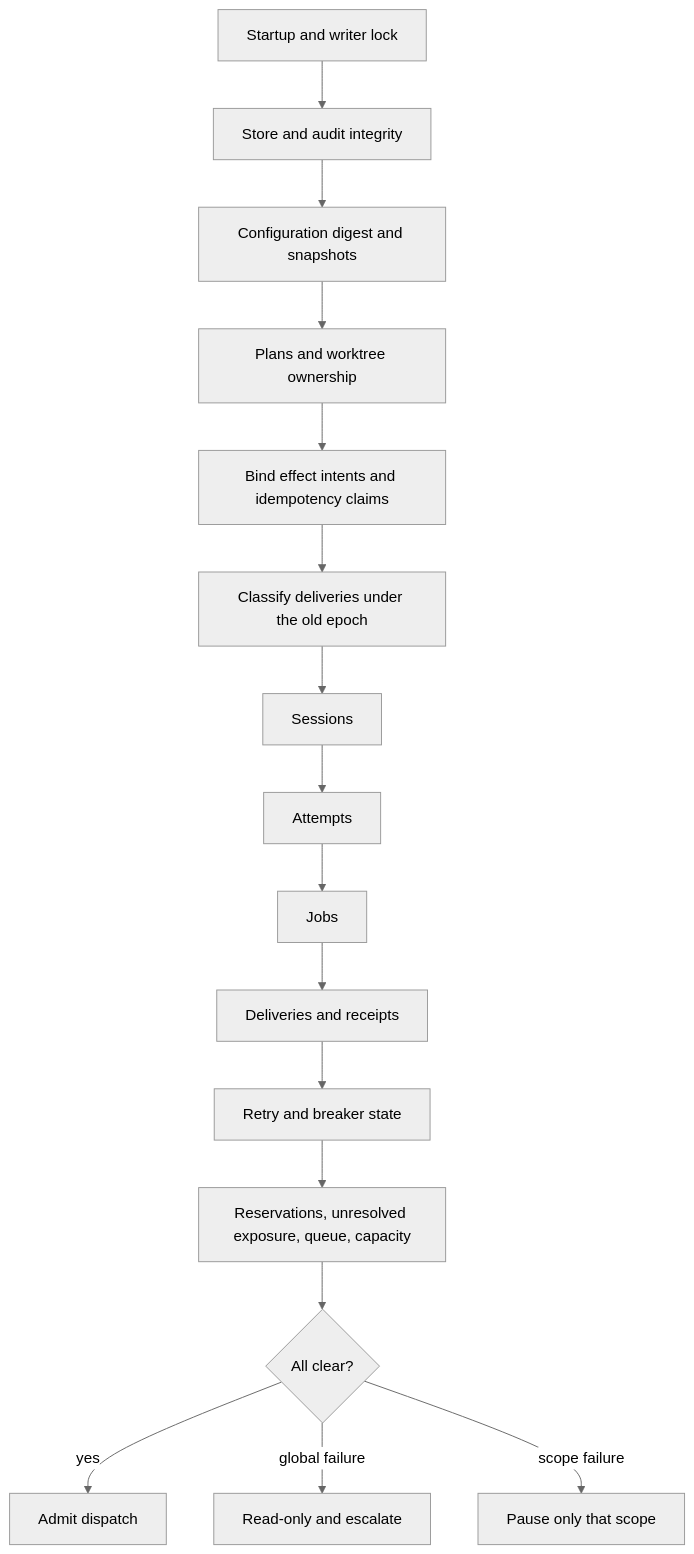
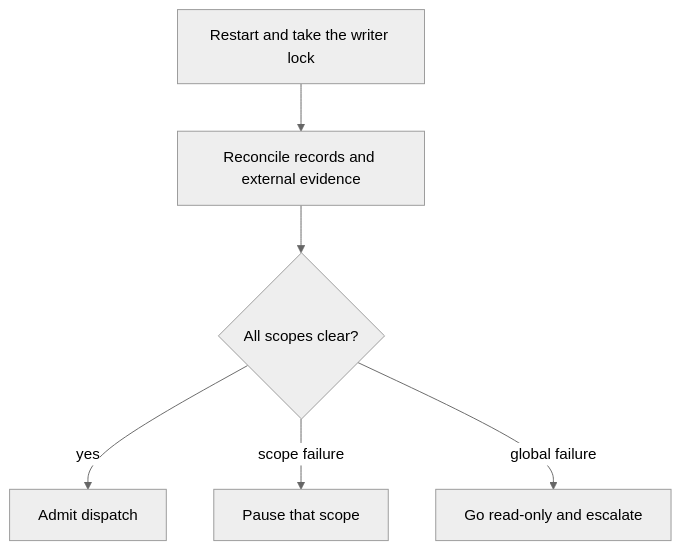
The diagram in docs/github/guides/recovery.md (piton-lang/factory), drawn with Mermaid (neutral theme) before and after one commit. The commit also changed other lines of this file and 37 other files, not shown here.

````diff
--- a/docs/github/guides/recovery.md
+++ b/docs/github/guides/recovery.md
@@ -7,18 +12,8 @@
 ```mermaid
 flowchart TD
-    S["Startup and writer lock"] --> A["Store and audit integrity"]
-    A --> B["Configuration digest and snapshots"]
-    B --> C["Plans and worktree ownership"]
-    C --> D["Bind effect intents and idempotency claims"]
-    D --> E["Classify deliveries under the old epoch"]
-    E --> F["Sessions"]
-    F --> G["Attempts"]
-    G --> H["Jobs"]
-    H --> I["Deliveries and receipts"]
-    I --> J["Retry and breaker state"]
-    J --> K["Reservations, unresolved exposure, queue, capacity"]
-    K --> L{"All clear?"}
-    L -->|yes| M["Admit dispatch"]
-    L -->|global failure| N["Read-only and escalate"]
-    L -->|scope failure| O["Pause only that scope"]
+    A["Restart and take the writer lock"] --> B["Reconcile records and external evidence"]
+    B --> C{"All scopes clear?"}
+    C -->|yes| D["Admit dispatch"]
+    C -->|scope failure| E["Pause that scope"]
+    C -->|global failure| F["Go read-only and escalate"]
 ```
````
